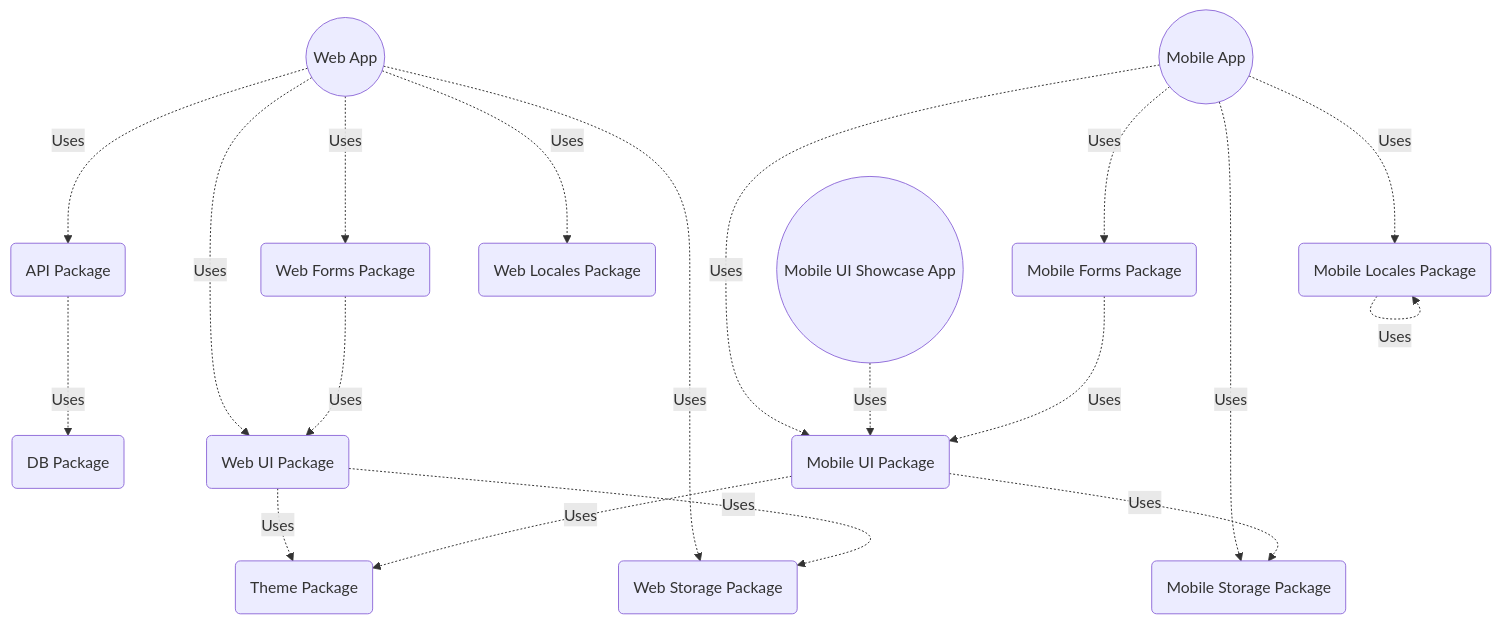
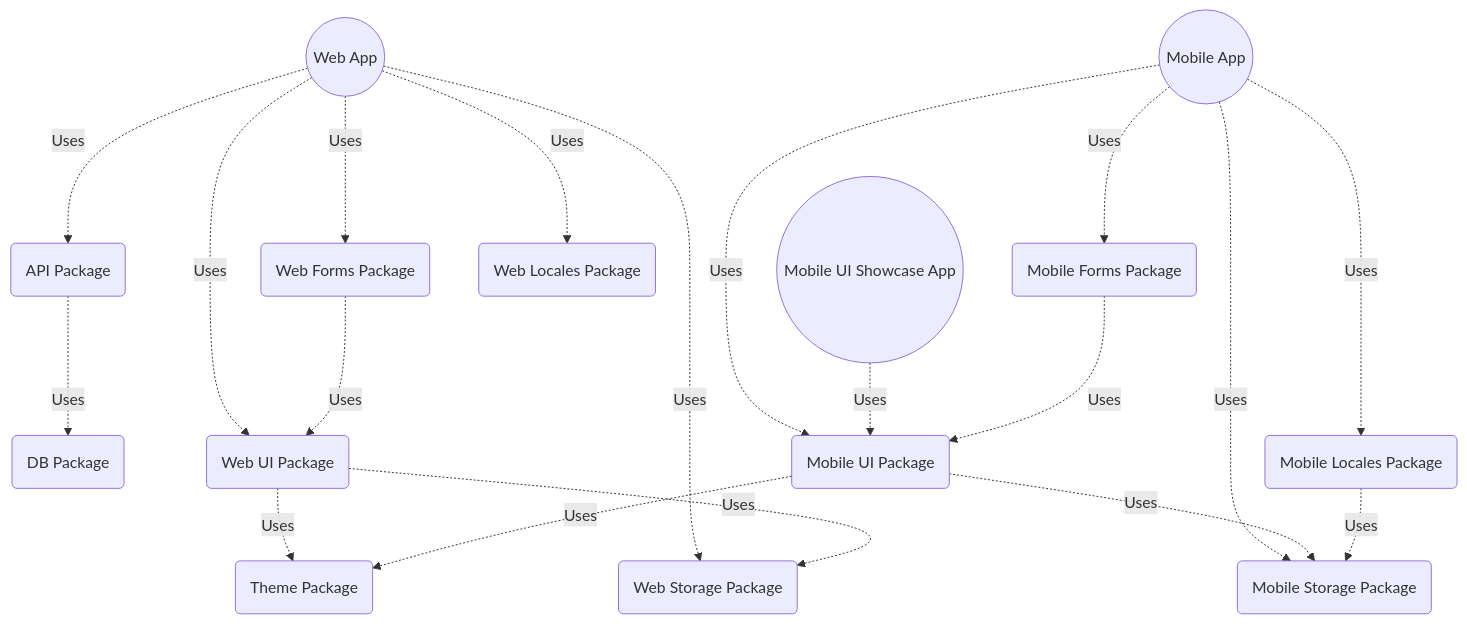
Before and after one commit to Rock-n-Prog/web-ts-monorepo-starter-pack: the second of 2 diagrams in docs/architecture/general.md, drawn with Mermaid.

````diff
--- a/docs/architecture/general.md
+++ b/docs/architecture/general.md
@@ -36,36 +36,36 @@
 ```mermaid
 graph TD;
   apps-web((Web App))
   apps-mobile((Mobile App))
   apps-mobile-ui-showcase((Mobile UI Showcase App))
   packages-db(DB Package)
   packages-api(API Package)
   packages-theme(Theme Package)
   packages-web-ui(Web UI Package)
   packages-web-forms(Web Forms Package)
   packages-web-locales(Web Locales Package)
   packages-web-storage(Web Storage Package)
   packages-mobile-ui(Mobile UI Package)
   packages-mobile-forms(Mobile Forms Package)
   packages-mobile-locales(Mobile Locales Package)
   packages-mobile-storage(Mobile Storage Package)
 
   apps-web -.-> |Uses| packages-api
   apps-web -.-> |Uses| packages-web-ui
   apps-web -.-> |Uses| packages-web-forms
   apps-web -.-> |Uses| packages-web-locales
   apps-web -.-> |Uses| packages-web-storage
   apps-mobile -.-> |Uses| packages-mobile-ui
   apps-mobile -.-> |Uses| packages-mobile-forms
   apps-mobile -.-> |Uses| packages-mobile-locales
   apps-mobile -.-> |Uses| packages-mobile-storage
   apps-mobile-ui-showcase -.-> |Uses| packages-mobile-ui
   packages-api -.-> |Uses| packages-db
   packages-web-ui -.-> |Uses| packages-theme
   packages-mobile-ui -.-> |Uses| packages-theme
   packages-web-forms -.-> |Uses| packages-web-ui
   packages-mobile-forms -.-> |Uses| packages-mobile-ui
   packages-web-ui -.-> |Uses| packages-web-storage
   packages-mobile-ui -.-> |Uses| packages-mobile-storage
-  packages-mobile-locales -.-> |Uses| packages-mobile-locales
+  packages-mobile-locales -.-> |Uses| packages-mobile-storage
 ```
````
